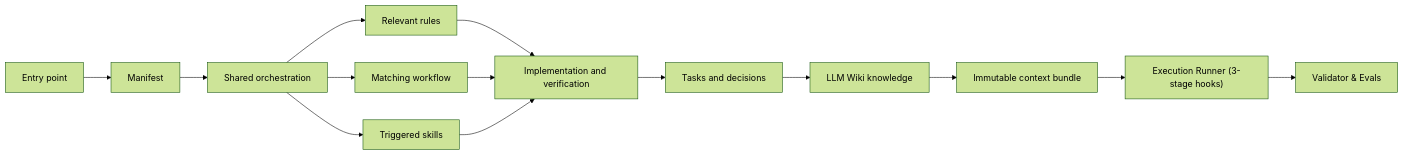
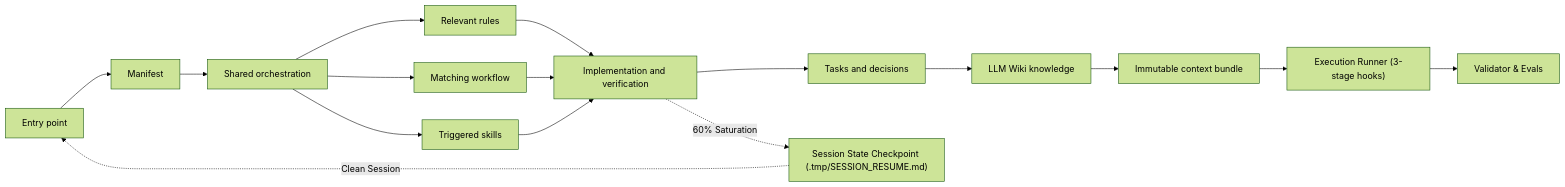
Before and after one commit to markromolecule/context-factory: the diagram in docs/ARCHITECTURE.md, drawn with Mermaid (forest theme). The commit also changed other lines of this file and 8 other files, not shown here.

Commit message:
feat(task-0001,phase-04,unit-04.01): implement E2E test suite, evaluations, and synchronized architecture release

````diff
--- a/docs/ARCHITECTURE.md
+++ b/docs/ARCHITECTURE.md
@@ -35,16 +36,18 @@
 ```mermaid
 flowchart LR
   E["Entry point"] --> M["Manifest"]
   M --> O["Shared orchestration"]
   O --> R["Relevant rules"]
   O --> F["Matching workflow"]
   O --> S["Triggered skills"]
   R --> W["Implementation and verification"]
   F --> W
   S --> W
   W --> D["Tasks and decisions"]
   D --> K["LLM Wiki knowledge"]
   K --> B["Immutable context bundle"]
   B --> RN["Execution Runner (3-stage hooks)"]
   RN --> V["Validator & Evals"]
+  W -.->|60% Saturation| SC["Session State Checkpoint (.tmp/SESSION_RESUME.md)"]
+  SC -.->|Clean Session| E
 ```
````
